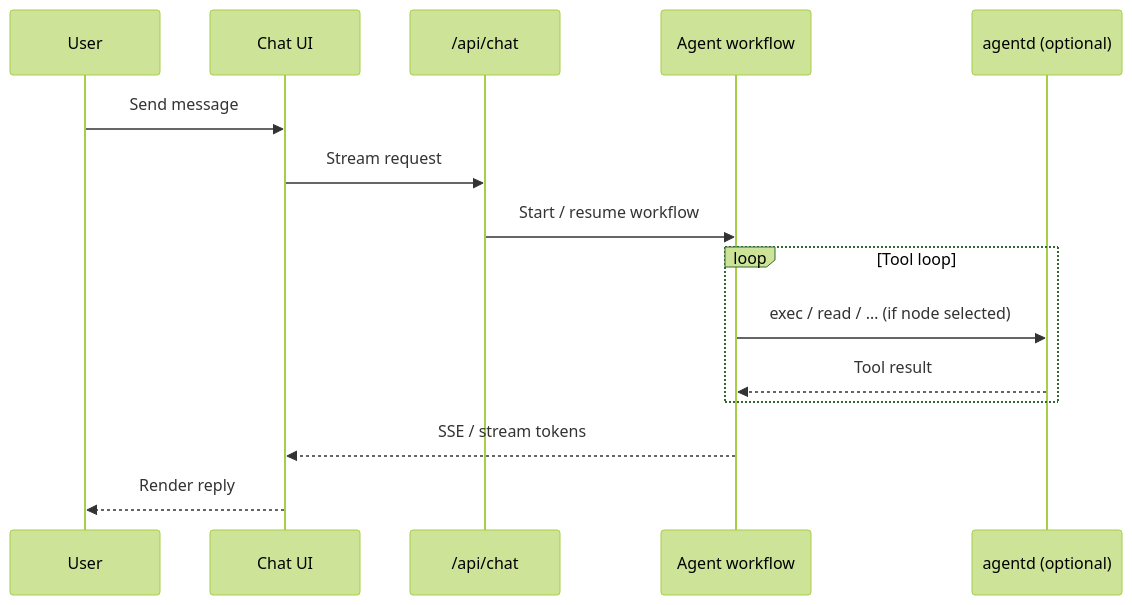
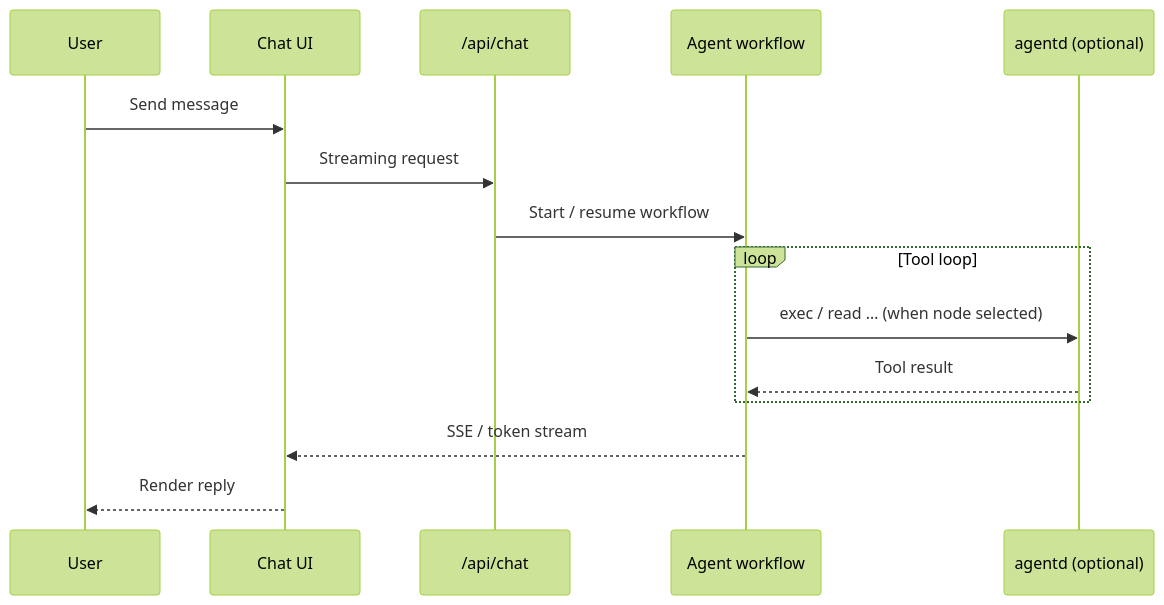
The third of 3 diagrams in README.EN.md (NekoSekaiMoe/agentboster), drawn with Mermaid (forest theme) before and after one commit. The commit also changed other lines of this file and 1 other file, not shown here.

````diff
--- a/README.EN.md
+++ b/README.EN.md
@@ -97,18 +99,18 @@
 ```mermaid
 sequenceDiagram
   participant U as User
   participant UI as Chat UI
   participant API as /api/chat
   participant WF as Agent workflow
   participant D as agentd (optional)
 
   U->>UI: Send message
-  UI->>API: Stream request
+  UI->>API: Streaming request
   API->>WF: Start / resume workflow
   loop Tool loop
-    WF->>D: exec / read / … (if node selected)
+    WF->>D: exec / read … (when node selected)
     D-->>WF: Tool result
   end
-  WF-->>UI: SSE / stream tokens
+  WF-->>UI: SSE / token stream
   UI-->>U: Render reply
 ```
````
